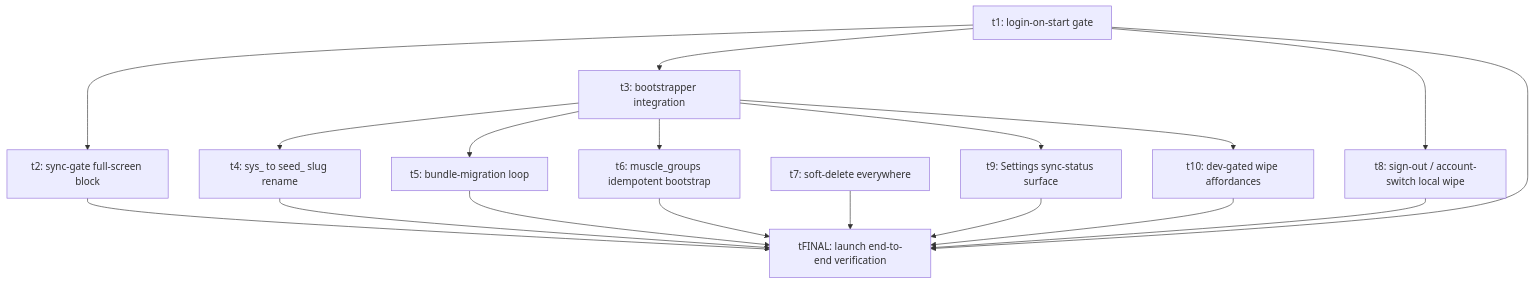
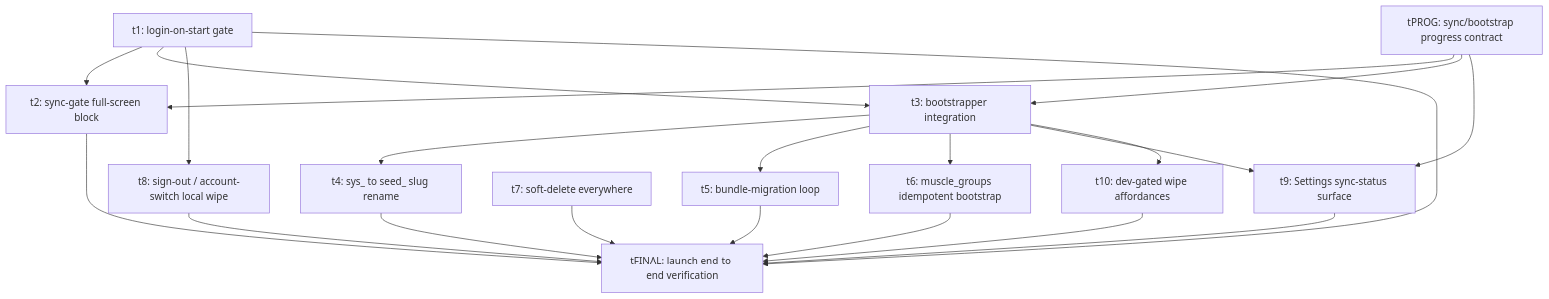
One commit to Brotherhood-of-Ghisa/BOGA3 changed the diagram in docs/plans/sync-v2-launch/plan.md. Above: the diagram before and after it, drawn with Mermaid. The commit also changed other lines of this file and 5 other files, not shown here.

First line of the commit message:
docs(sync-v2-launch): add sync-progress design task + expand sync-gate outcome

````diff
--- a/docs/plans/sync-v2-launch/plan.md
+++ b/docs/plans/sync-v2-launch/plan.md
@@ -106,33 +116,38 @@
 ```mermaid
 graph TD
+  tPROG[tPROG: sync/bootstrap progress contract]
   t1[t1: login-on-start gate]
   t2[t2: sync-gate full-screen block]
   t3[t3: bootstrapper integration]
   t4[t4: sys_ to seed_ slug rename]
   t5[t5: bundle-migration loop]
   t6[t6: muscle_groups idempotent bootstrap]
   t7[t7: soft-delete everywhere]
   t8[t8: sign-out / account-switch local wipe]
   t9[t9: Settings sync-status surface]
   t10[t10: dev-gated wipe affordances]
   tFINAL[tFINAL: launch end-to-end verification]
+
+  tPROG --> t2
+  tPROG --> t3
+  tPROG --> t9
 
   t1 --> t2
   t1 --> t3
   t1 --> t8
   t3 --> t4
   t3 --> t5
   t3 --> t6
   t3 --> t9
   t3 --> t10
 
   t1 --> tFINAL
   t2 --> tFINAL
   t4 --> tFINAL
   t5 --> tFINAL
   t6 --> tFINAL
   t7 --> tFINAL
   t8 --> tFINAL
   t9 --> tFINAL
   t10 --> tFINAL
 ```
````
